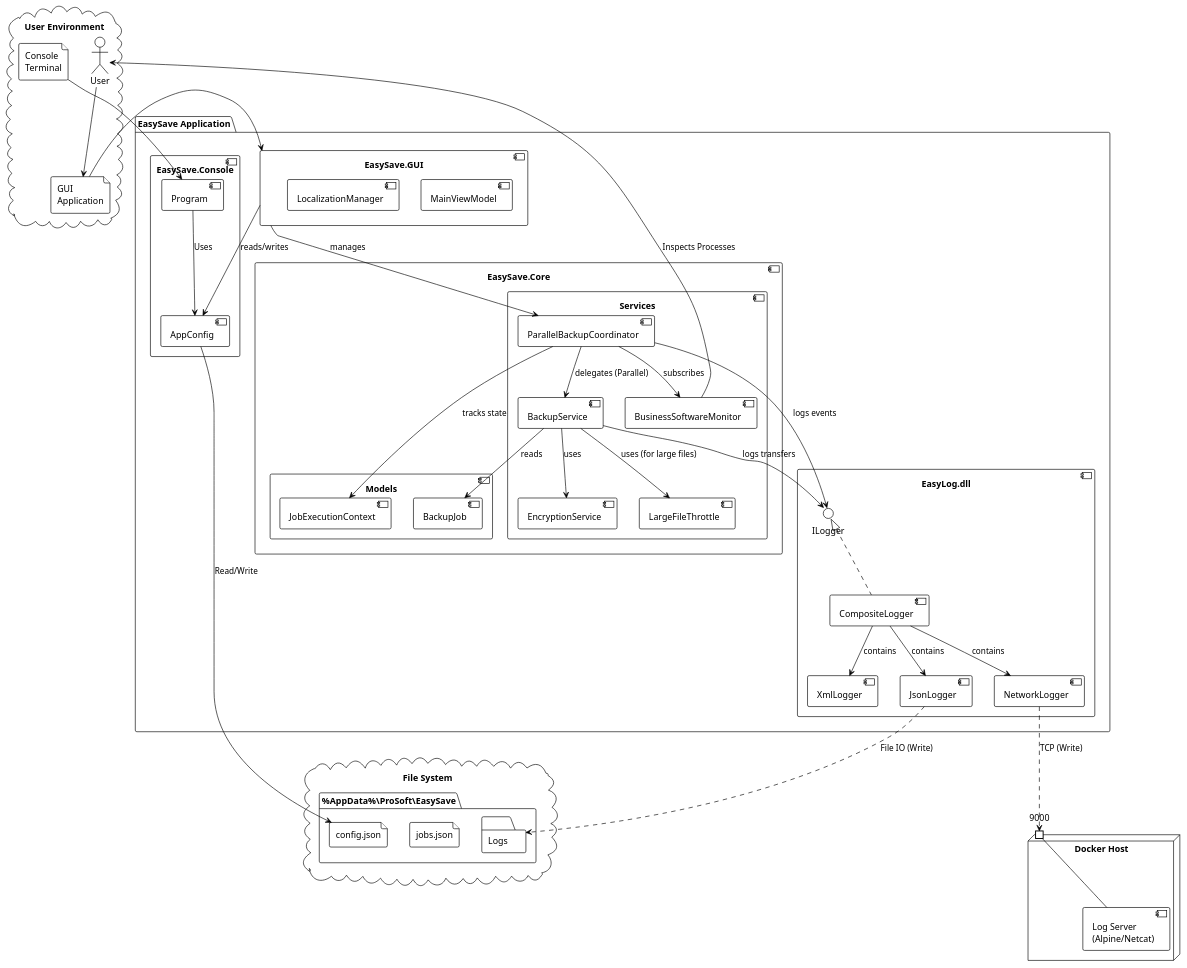
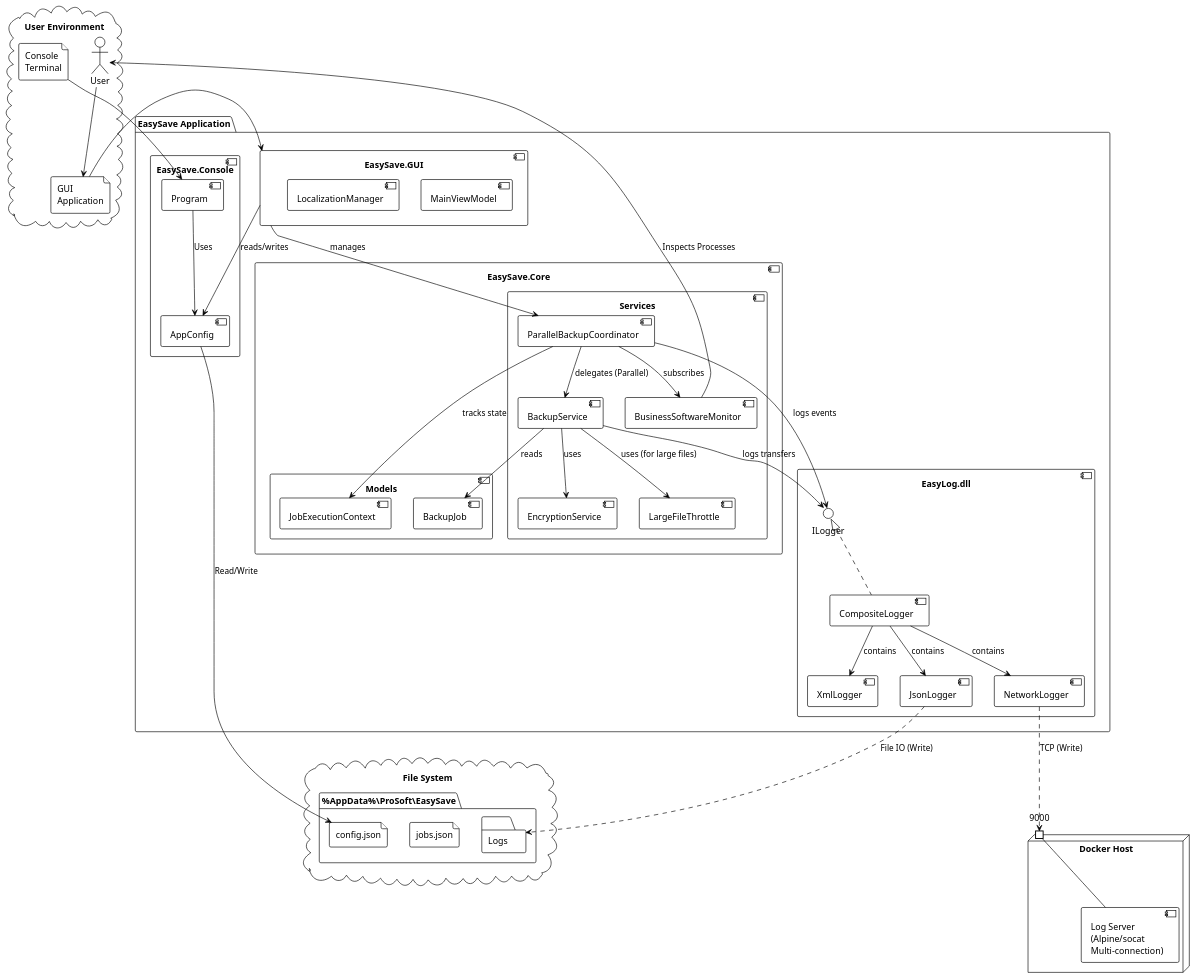
Before and after one commit to PotaaatozWRLD/EasySave-Groupe-8: the diagram in UML/component_diagram.puml, drawn with PlantUML. The commit also changed 7 other files, not shown here.

Commit message:
docs: Update UML diagrams V3.0 final (LoggingMode, XmlLogger, SettingsViewModel, socat)

```diff
--- a/UML/component_diagram.puml
+++ b/UML/component_diagram.puml
@@ -1,101 +1,101 @@
 @startuml EasySave_Component_Diagram_v3.0
 !theme plain
 
 ' =============== EXTERNAL SYSTEMS ===============
 cloud "User Environment" {
     actor User
     file "Console\nTerminal" as Terminal
     file "GUI\nApplication" as GUIApp
 }
 
 node "Docker Host" {
-    component "Log Server\n(Alpine/Netcat)" as DockerLog
+    component "Log Server\n(Alpine/socat\nMulti-connection)" as DockerLog
     port "9000" as Port9000
     DockerLog - Port9000
 }
 
 cloud "File System" {
     folder "%AppData%\\ProSoft\\EasySave" as AppData {
         file "config.json" as ConfigFile
         file "jobs.json" as JobsFile
         folder "Logs" as LogsFolder
     }
 }
 
 ' =============== APPLICATION COMPONENTS ===============
 package "EasySave Application" {
     
     component "EasySave.GUI" as GUI {
         [MainViewModel]
         [LocalizationManager]
     }
     
     component "EasySave.Console" {
         [Program]
         [AppConfig]
     }
     
     component "EasySave.Core" {
         component "Services" {
             [ParallelBackupCoordinator] as Coord
             [BackupService] as BackupSvc
             [BusinessSoftwareMonitor] as Monitor
             [EncryptionService] as EncSvc
             [LargeFileThrottle] as Throttle
         }
         
         component "Models" {
             [JobExecutionContext] as Context
             [BackupJob] as Job
         }
     }
     
     component "EasyLog.dll" as LogDLL {
         interface "ILogger" as ILog
         [CompositeLogger] as CompLog
         [NetworkLogger] as NetLog
         [JsonLogger] as JsonLog
         [XmlLogger] as XmlLog
     }
 }
 
 ' =============== RELATIONSHIPS ===============
 
 ' Entry Points
 User --> GUIApp
 GUIApp --> GUI
 Terminal --> Program
 
 ' GUI Wiring
 GUI --> Coord : manages
 GUI --> AppConfig : reads/writes
 
 ' Coordinator Logic
 Coord --> BackupSvc : delegates (Parallel)
 Coord --> Monitor : subscribes
 Coord --> Context : tracks state
 Coord --> ILog : logs events
 
 ' Backup Logic
 BackupSvc --> Job : reads
 BackupSvc --> EncSvc : uses
 BackupSvc --> Throttle : uses (for large files)
 BackupSvc --> ILog : logs transfers
 
 ' Logging
 ILog <|.. CompLog
 CompLog --> NetLog : contains
 CompLog --> JsonLog : contains
 CompLog --> XmlLog : contains
 
 NetLog ..> Port9000 : TCP (Write)
 JsonLog ..> LogsFolder : File IO (Write)
 
 ' Configuration
 AppConfig --> ConfigFile : Read/Write
 Program --> AppConfig : Uses
 
 ' Monitoring
 Monitor --> User : Inspects Processes
 
 @enduml
```
